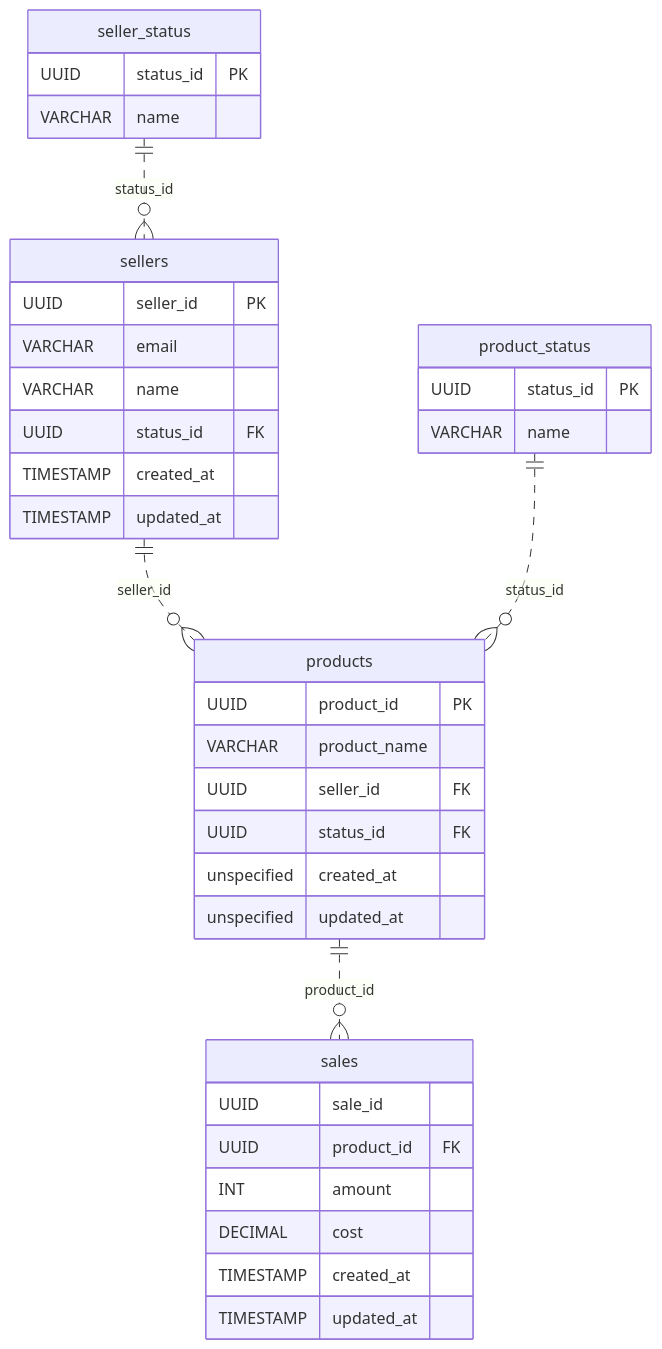
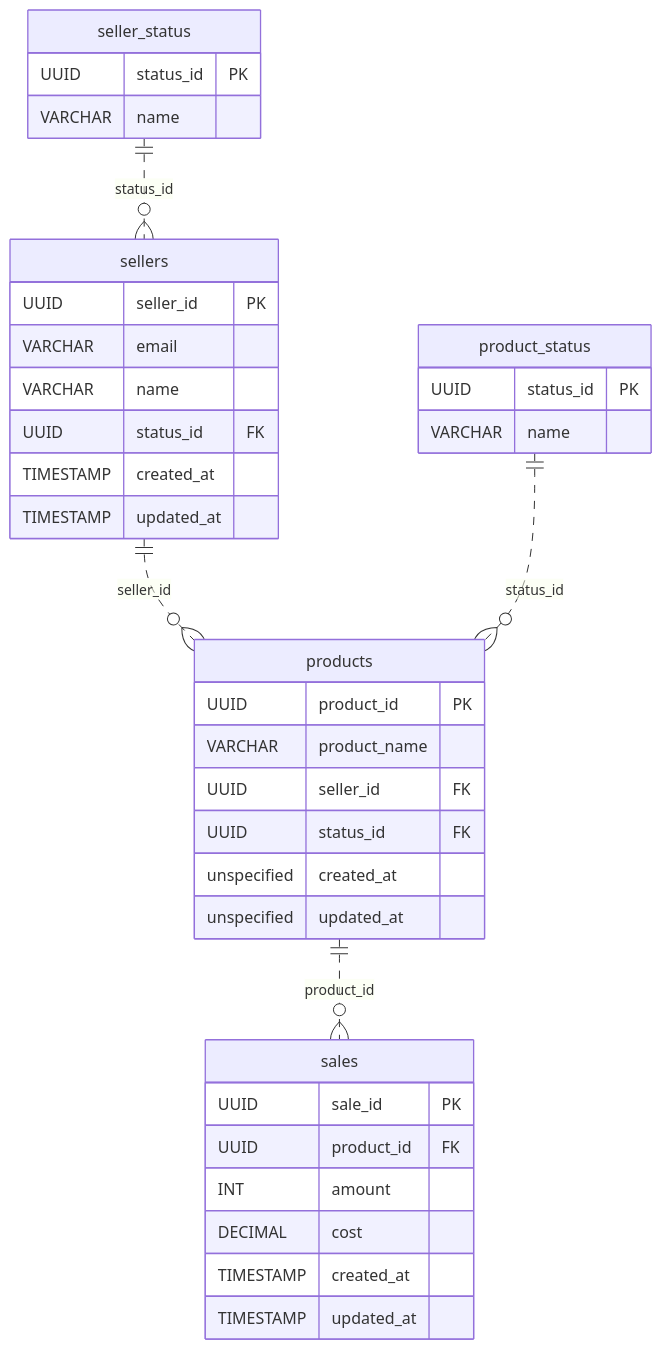
Before and after one commit to TTGL/datadriven-practice: the diagram in practice/data_modeling/a-number-for-the-seller/README.md, drawn with Mermaid. The commit also changed 2 other files, not shown here.

Commit message:
Solve a-number-for-the-seller

````diff
--- a/practice/data_modeling/a-number-for-the-seller/README.md
+++ b/practice/data_modeling/a-number-for-the-seller/README.md
@@ -18,39 +18,39 @@
 ```mermaid
 erDiagram
     sellers {
         UUID seller_id PK
         VARCHAR email
         VARCHAR name
         UUID status_id FK
         TIMESTAMP created_at
         TIMESTAMP updated_at
     }
     products {
         UUID product_id PK
         VARCHAR product_name
         UUID seller_id FK
         UUID status_id FK
         unspecified created_at
         unspecified updated_at
     }
     product_status {
         UUID status_id PK
         VARCHAR name
     }
     seller_status {
         UUID status_id PK
         VARCHAR name
     }
     sales {
-        UUID sale_id
+        UUID sale_id PK
         UUID product_id FK
         INT amount
         DECIMAL cost
         TIMESTAMP created_at
         TIMESTAMP updated_at
     }
     sellers only one optionally to zero or more products : "seller_id"
     seller_status only one optionally to zero or more sellers : "status_id"
     product_status only one optionally to zero or more products : "status_id"
     products only one optionally to zero or more sales : "product_id"
 ```
````
